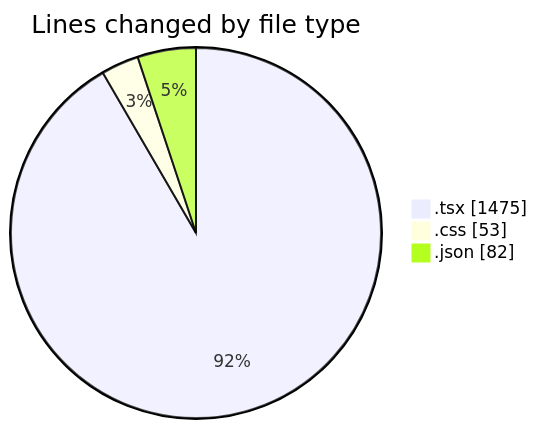
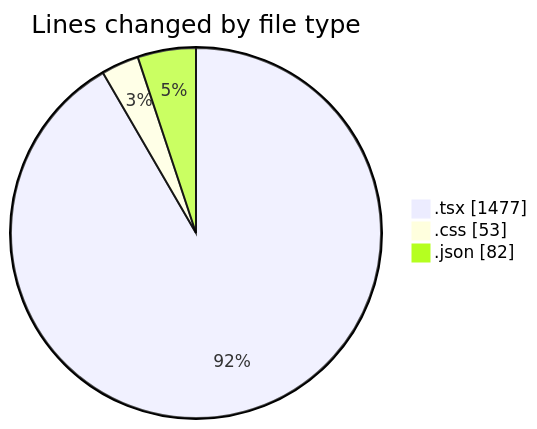
One commit to Elitesun/code-tracking changed the first of 2 diagrams in 2025-04-10/product-page/README.md. Above: the diagram before and after it, drawn with Mermaid. The commit also changed other lines of this file and 1 other file, not shown here.

````diff
--- a/2025-04-10/product-page/README.md
+++ b/2025-04-10/product-page/README.md
@@ -33,7 +33,7 @@
 ```mermaid
 pie showData
 title Lines changed by file type
-".tsx" : 1475
+".tsx" : 1477
 ".css" : 53
 ".json" : 82
 ```
````
